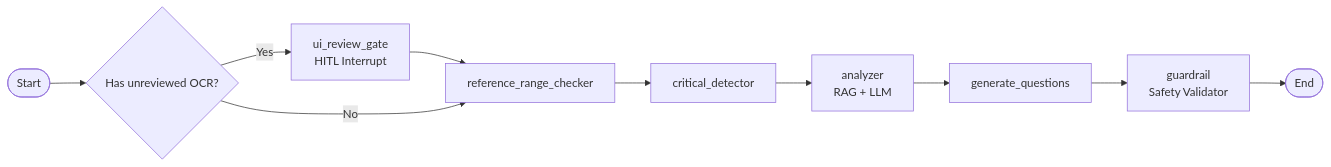
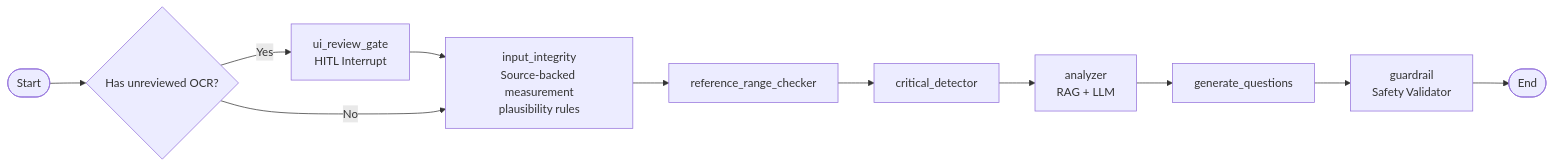
The second of 3 diagrams in ARCHITECTURE.md (DuongXD-27/clinical-laboratory-interpretation-agent), drawn with Mermaid before and after one commit. The commit also changed other lines of this file, not shown here.

First line of the commit message:
docs: sync ARCHITECTURE.md with fact-checked diagram fixes

````diff
--- a/ARCHITECTURE.md
+++ b/ARCHITECTURE.md
@@ -189,12 +193,13 @@
 ```mermaid
 graph LR
     START([Start]) --> ROUTE{Has unreviewed OCR?}
     ROUTE -->|Yes| GATE[ui_review_gate<br/>HITL Interrupt]
-    GATE --> REF[reference_range_checker]
-    ROUTE -->|No| REF
+    GATE --> INTEGRITY[input_integrity<br/>Source-backed measurement<br/>plausibility rules]
+    ROUTE -->|No| INTEGRITY
+    INTEGRITY --> REF[reference_range_checker]
     REF --> CRIT[critical_detector]
     CRIT --> ANALYZE[analyzer<br/>RAG + LLM]
     ANALYZE --> GEN_Q[generate_questions]
     GEN_Q --> GUARD[guardrail<br/>Safety Validator]
     GUARD --> FINISH([End])
 ```
````
